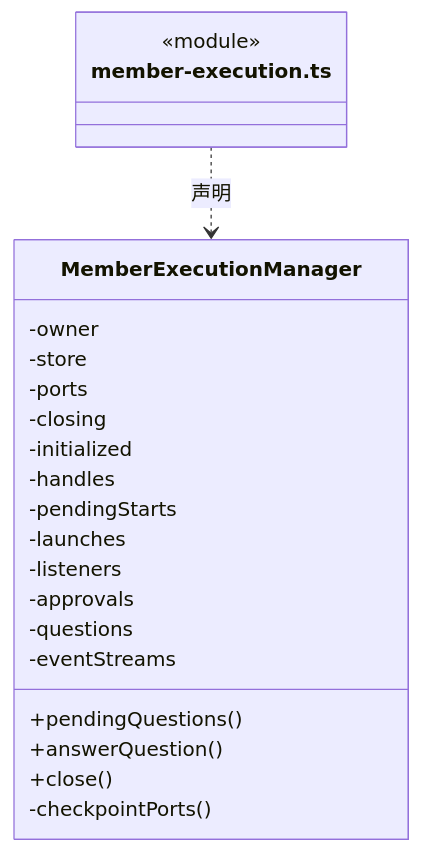
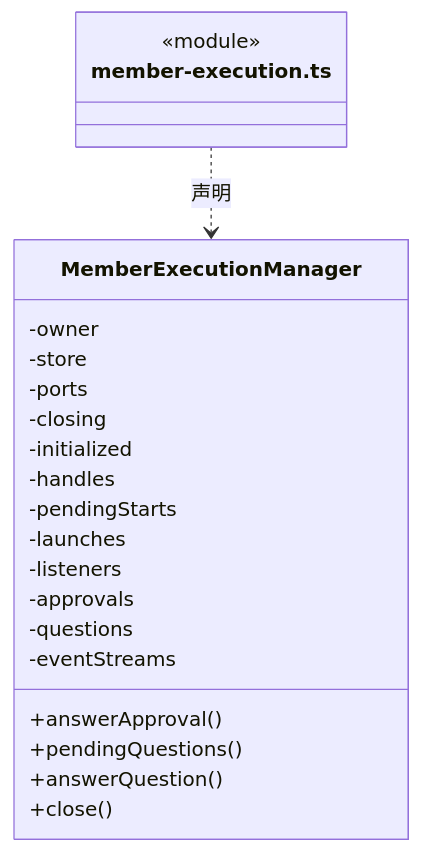
Before and after one commit to nan023062/cbim: the sixth of 16 diagrams in src/logic/team/runtime/ARCHITECTURE.md, drawn with Mermaid. The commit also changed other lines of this file and 139 other files, not shown here.

Commit message:
docs(architecture): add source reading paths and complete file inventories

````diff
--- a/src/logic/team/runtime/ARCHITECTURE.md
+++ b/src/logic/team/runtime/ARCHITECTURE.md
@@ -156,25 +161,25 @@
 ```mermaid
 classDiagram
 class N_src_logic_team_runtime_member_execution_ts["member-execution.ts"] {
   <<module>>
 }
 class N_src_logic_team_runtime_member_execution_ts_MemberExecutionManager["MemberExecutionManager"] {
+  +answerApproval()
   +pendingQuestions()
   +answerQuestion()
   +close()
   -owner
   -store
   -ports
   -closing
   -initialized
   -handles
   -pendingStarts
   -launches
   -listeners
   -approvals
   -questions
   -eventStreams
-  -checkpointPorts()
 }
 N_src_logic_team_runtime_member_execution_ts ..> N_src_logic_team_runtime_member_execution_ts_MemberExecutionManager : 声明
 ```
````
